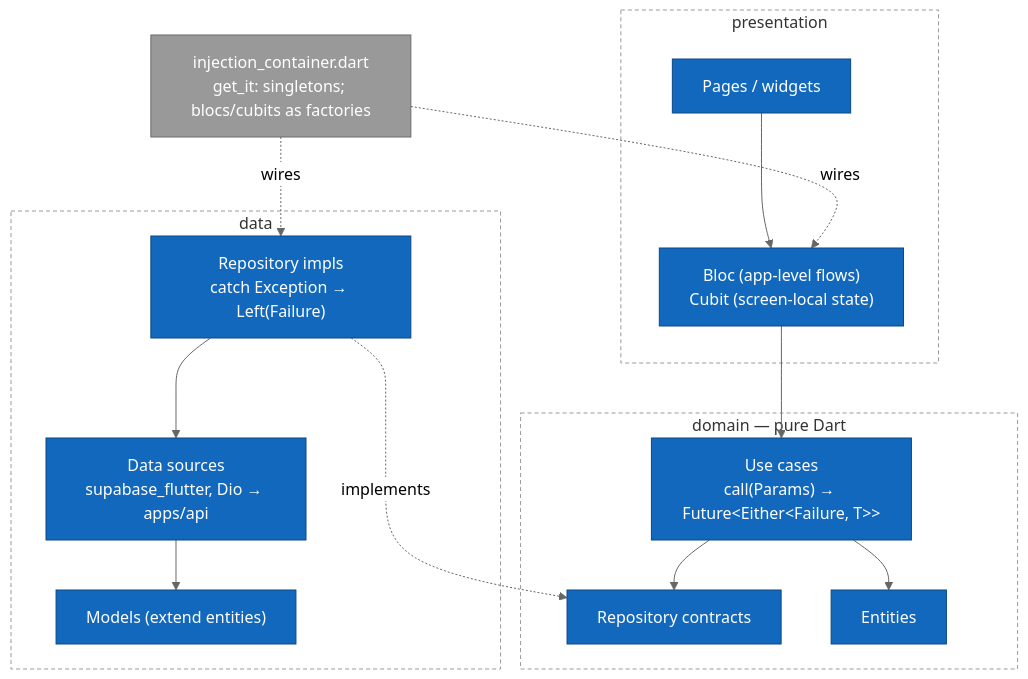
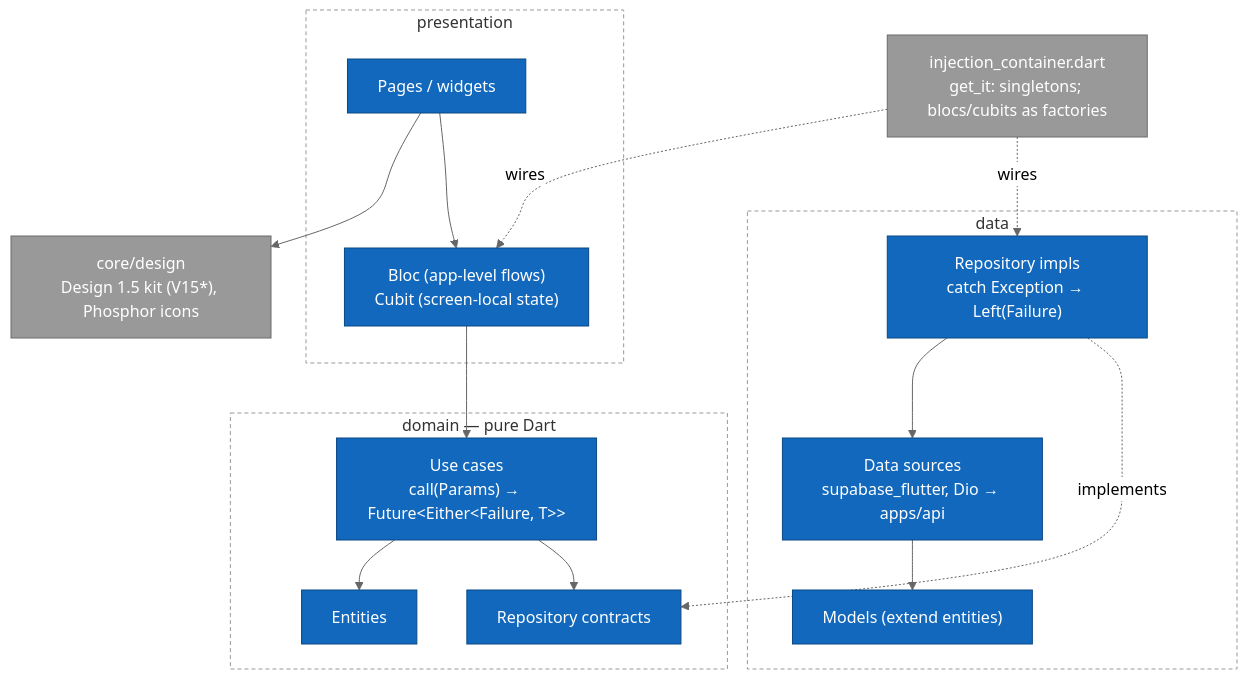
The diagram in docs/diagrams/mermaid/mobile-clean-architecture.mmd (usecorehq/tally), drawn with Mermaid before and after one commit. The commit also changed 27 other files, not shown here.

First line of the commit message:
feat(mobile): design 1.5 kit, tab shell and inventory tab

```diff
--- a/docs/diagrams/mermaid/mobile-clean-architecture.mmd
+++ b/docs/diagrams/mermaid/mobile-clean-architecture.mmd
@@ -1,33 +1,35 @@
 %%{init: {"theme": "neutral"} }%%
 flowchart TB
     subgraph presentation[" presentation "]
         page["Pages / widgets"]
         bloc["Bloc (app-level flows)<br/>Cubit (screen-local state)"]
     end
     subgraph domain[" domain — pure Dart "]
         uc["Use cases<br/>call(Params) → Future&lt;Either&lt;Failure, T&gt;&gt;"]
         repoC["Repository contracts"]
         ent["Entities"]
     end
     subgraph data[" data "]
         repoI["Repository impls<br/>catch Exception → Left(Failure)"]
         ds["Data sources<br/>supabase_flutter, Dio → apps/api"]
         model["Models (extend entities)"]
     end
     di["injection_container.dart<br/>get_it: singletons; blocs/cubits as factories"]
+    kit["core/design<br/>Design 1.5 kit (V15*), Phosphor icons"]
 
     page --> bloc --> uc --> repoC
+    page --> kit
     repoI -. implements .-> repoC
     repoI --> ds --> model
     uc --> ent
     di -. wires .-> bloc
     di -. wires .-> repoI
 
     classDef person fill:#08427b,stroke:#052e56,color:#fff
     classDef container fill:#1168bd,stroke:#0b4884,color:#fff
     classDef external fill:#999999,stroke:#6b6b6b,color:#fff
     classDef planned fill:#ffffff,stroke:#1168bd,color:#1168bd,stroke-dasharray: 5 3
     classDef boundary fill:#ffffff,stroke:#999999,color:#333,stroke-dasharray: 4 3
     class page,bloc,uc,repoC,ent,repoI,ds,model container
-    class di external
+    class di,kit external
     class presentation,domain,data boundary
```
